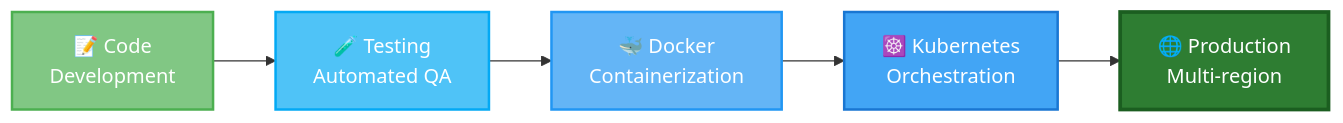
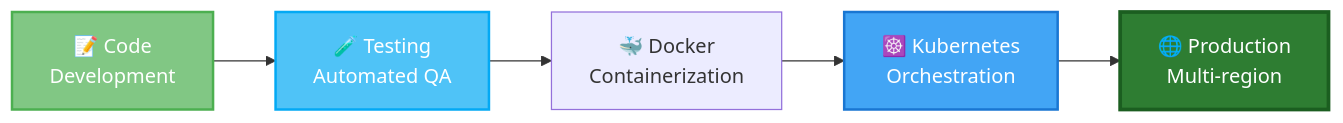
One commit to AnupamSingh2004/Safer changed the eighth of 8 diagrams in architecture.md. Above: the diagram before and after it, drawn with Mermaid. The commit also changed other lines of this file and 4 other files, not shown here.

````diff
--- a/architecture.md
+++ b/architecture.md
@@ -240,13 +233,12 @@
 ```mermaid
 flowchart LR
     A[📝 Code<br/>Development] --> B[🧪 Testing<br/>Automated QA]
     B --> C[🐳 Docker<br/>Containerization]
     C --> D[☸️ Kubernetes<br/>Orchestration]
     D --> E[🌐 Production<br/>Multi-region]
     
     style A fill:#81C784,stroke:#4CAF50,stroke-width:2px,color:#fff
     style B fill:#4FC3F7,stroke:#03A9F4,stroke-width:2px,color:#fff
-    style C fill:#64B5F6,stroke:#2196F3,stroke-width:2px,color:#fff
     style D fill:#42A5F5,stroke:#1976D2,stroke-width:2px,color:#fff
     style E fill:#2E7D32,stroke:#1B5E20,stroke-width:3px,color:#fff
 ```
````
